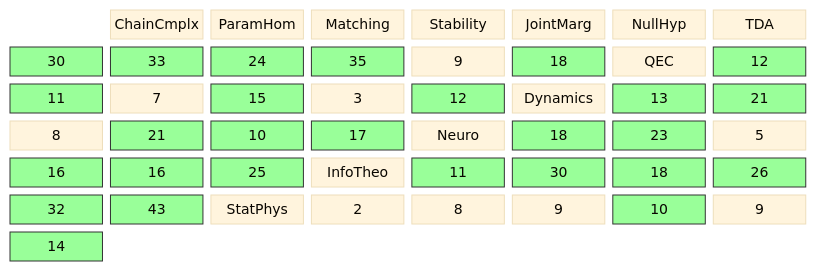
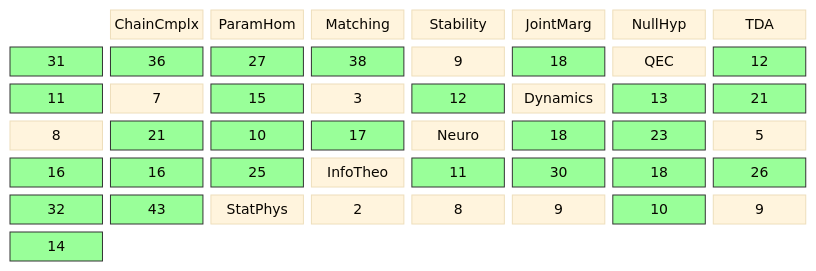
One commit to musicofhel/topoyolo changed the diagram in diagrams/coverage-matrix.md. Above: the diagram before and after it, drawn with Mermaid. The commit also changed other lines of this file and 9 other files, not shown here.

````diff
--- a/diagrams/coverage-matrix.md
+++ b/diagrams/coverage-matrix.md
@@ -22,41 +22,41 @@
 ```mermaid
 %%{init: {'theme': 'base', 'themeVariables': {'fontSize': '14px'}}}%%
 block-beta
   columns 8
 
   space:1 CC["ChainCmplx"] PH["ParamHom"] MA["Matching"] ST["Stability"] JM["JointMarg"] NH["NullHyp"]
 
-  TDA["TDA"] TDA_CC["30"] TDA_PH["33"] TDA_MA["24"] TDA_ST["35"] TDA_JM["9"] TDA_NH["18"]
+  TDA["TDA"] TDA_CC["31"] TDA_PH["36"] TDA_MA["27"] TDA_ST["38"] TDA_JM["9"] TDA_NH["18"]
   QEC["QEC"] QEC_CC["12"] QEC_PH["11"] QEC_MA["7"] QEC_ST["15"] QEC_JM["3"] QEC_NH["12"]
   DYN["Dynamics"] DYN_CC["13"] DYN_PH["21"] DYN_MA["8"] DYN_ST["21"] DYN_JM["10"] DYN_NH["17"]
   NEU["Neuro"] NEU_CC["18"] NEU_PH["23"] NEU_MA["5"] NEU_ST["16"] NEU_JM["16"] NEU_NH["25"]
   IT["InfoTheo"] IT_CC["11"] IT_PH["30"] IT_MA["18"] IT_ST["26"] IT_JM["32"] IT_NH["43"]
   SP["StatPhys"] SP_CC["2"] SP_PH["8"] SP_MA["9"] SP_ST["10"] SP_JM["9"] SP_NH["14"]
   style TDA_CC fill:#9f9,stroke:#333
   style TDA_PH fill:#9f9,stroke:#333
   style TDA_MA fill:#9f9,stroke:#333
   style TDA_ST fill:#9f9,stroke:#333
   style TDA_NH fill:#9f9,stroke:#333
   style QEC_CC fill:#9f9,stroke:#333
   style QEC_PH fill:#9f9,stroke:#333
   style QEC_ST fill:#9f9,stroke:#333
   style QEC_NH fill:#9f9,stroke:#333
   style DYN_CC fill:#9f9,stroke:#333
   style DYN_PH fill:#9f9,stroke:#333
   style DYN_ST fill:#9f9,stroke:#333
   style DYN_JM fill:#9f9,stroke:#333
   style DYN_NH fill:#9f9,stroke:#333
   style NEU_CC fill:#9f9,stroke:#333
   style NEU_PH fill:#9f9,stroke:#333
   style NEU_ST fill:#9f9,stroke:#333
   style NEU_JM fill:#9f9,stroke:#333
   style NEU_NH fill:#9f9,stroke:#333
   style IT_CC fill:#9f9,stroke:#333
   style IT_PH fill:#9f9,stroke:#333
   style IT_MA fill:#9f9,stroke:#333
   style IT_ST fill:#9f9,stroke:#333
   style IT_JM fill:#9f9,stroke:#333
   style IT_NH fill:#9f9,stroke:#333
   style SP_ST fill:#9f9,stroke:#333
   style SP_NH fill:#9f9,stroke:#333
 ```
````
